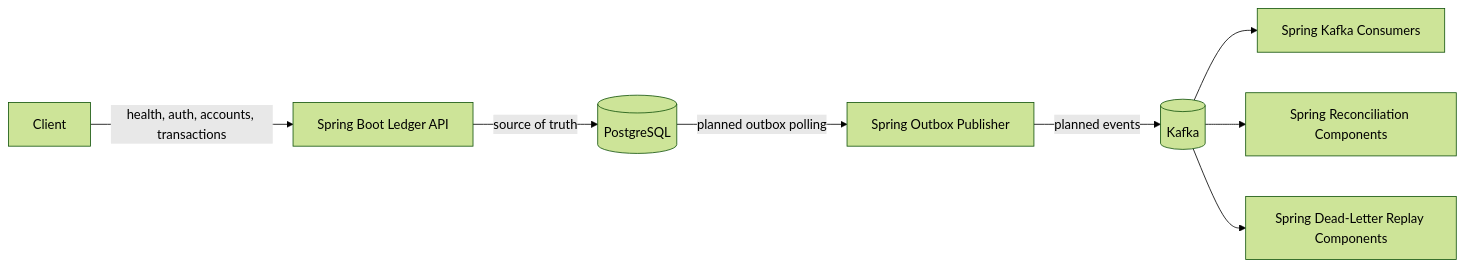
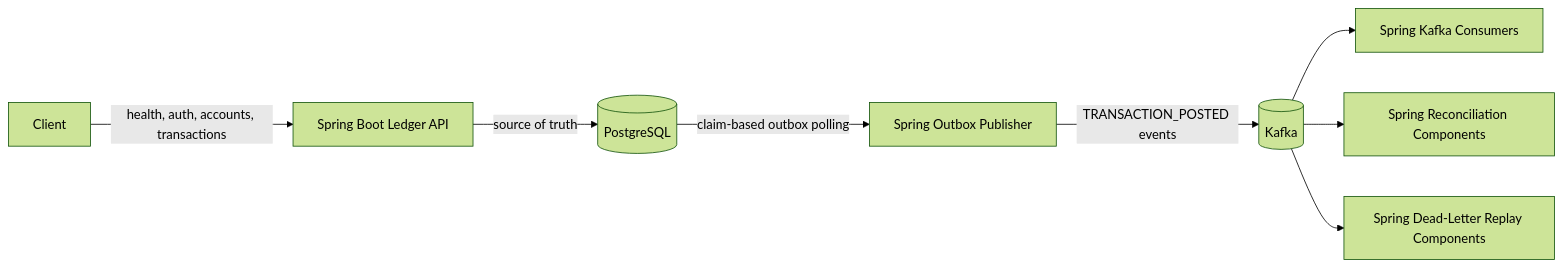
One commit to fanryan/ledgerflow changed the first of 2 diagrams in README.md. Above: the diagram before and after it, drawn with Mermaid (forest theme). The commit also changed other lines of this file and 3 other files, not shown here.

````diff
--- a/README.md
+++ b/README.md
@@ -50,19 +50,19 @@
 ```mermaid
 flowchart LR
     Client[Client]
     API[Spring Boot Ledger API]
     DB[(PostgreSQL)]
     Outbox[Spring Outbox Publisher]
     Kafka[(Kafka)]
     TxConsumer[Spring Kafka Consumers]
     Reconciliation[Spring Reconciliation Components]
     Deadletter[Spring Dead-Letter Replay Components]
 
     Client -->|health, auth, accounts, transactions| API
     API -->|source of truth| DB
-    DB -->|planned outbox polling| Outbox
-    Outbox -->|planned events| Kafka
+    DB -->|claim-based outbox polling| Outbox
+    Outbox -->|TRANSACTION_POSTED events| Kafka
     Kafka --> TxConsumer
     Kafka --> Reconciliation
     Kafka --> Deadletter
 ```
````
